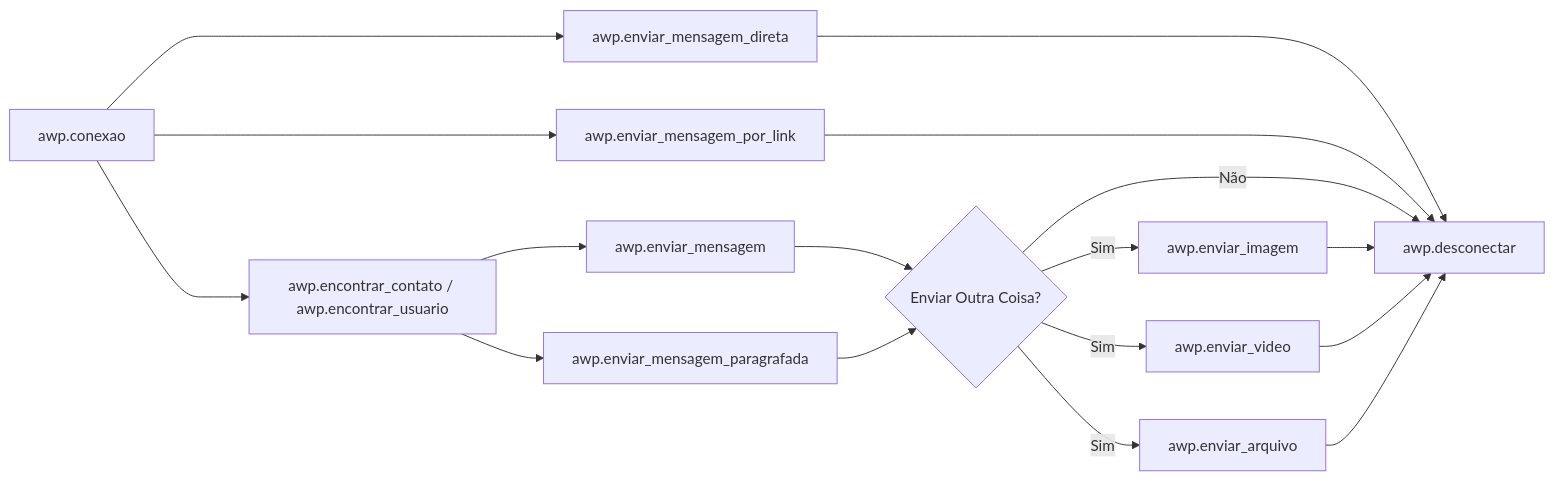
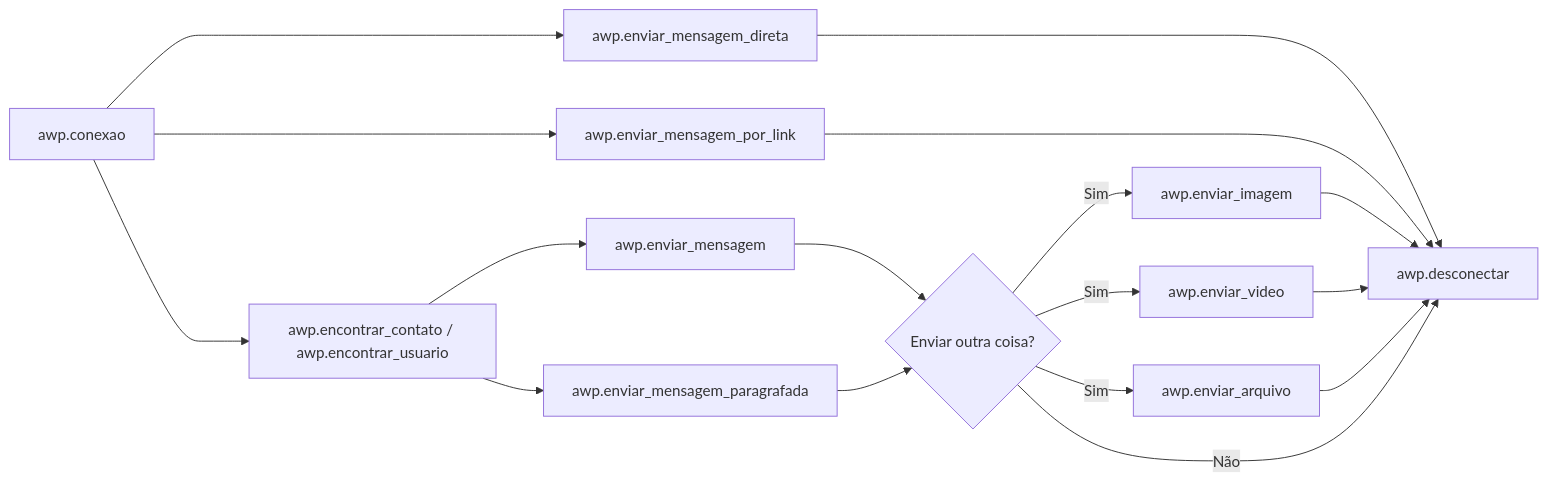
Before and after one commit to DevLucasLourenco/AllWhatsPy: the diagram in README.md, drawn with Mermaid.

````diff
--- a/README.md
+++ b/README.md
@@ -88,30 +88,30 @@
 ```mermaid
 flowchart LR;
     awp.conexao-->eu[awp.encontrar_contato / awp.encontrar_usuario];
     awp.conexao---->awp.enviar_mensagem_por_link;
     awp.conexao---->awp.enviar_mensagem_direta;
         
     
     eu-->awp.enviar_mensagem;
     eu-->awp.enviar_mensagem_paragrafada;
     
     
     awp.enviar_mensagem-->E{Enviar Outra Coisa?};
-    awp.enviar_mensagem_paragrafada-->E{Enviar Outra Coisa?};
+    awp.enviar_mensagem_paragrafada-->E{Enviar outra coisa?};
     awp.enviar_mensagem_direta---->d[awp.desconectar];
     awp.enviar_mensagem_por_link---->d;
     
     
     
     E -- Sim --> awp.enviar_imagem;
     E -- Sim --> awp.enviar_video;
     E -- Sim --> awp.enviar_arquivo;
-    E -- Não --> d;
+    
     
     awp.enviar_imagem --> d;
     awp.enviar_video --> d;
     awp.enviar_arquivo --> d;
-    
+    E -- Não --> d;
     
     
 ```
````
